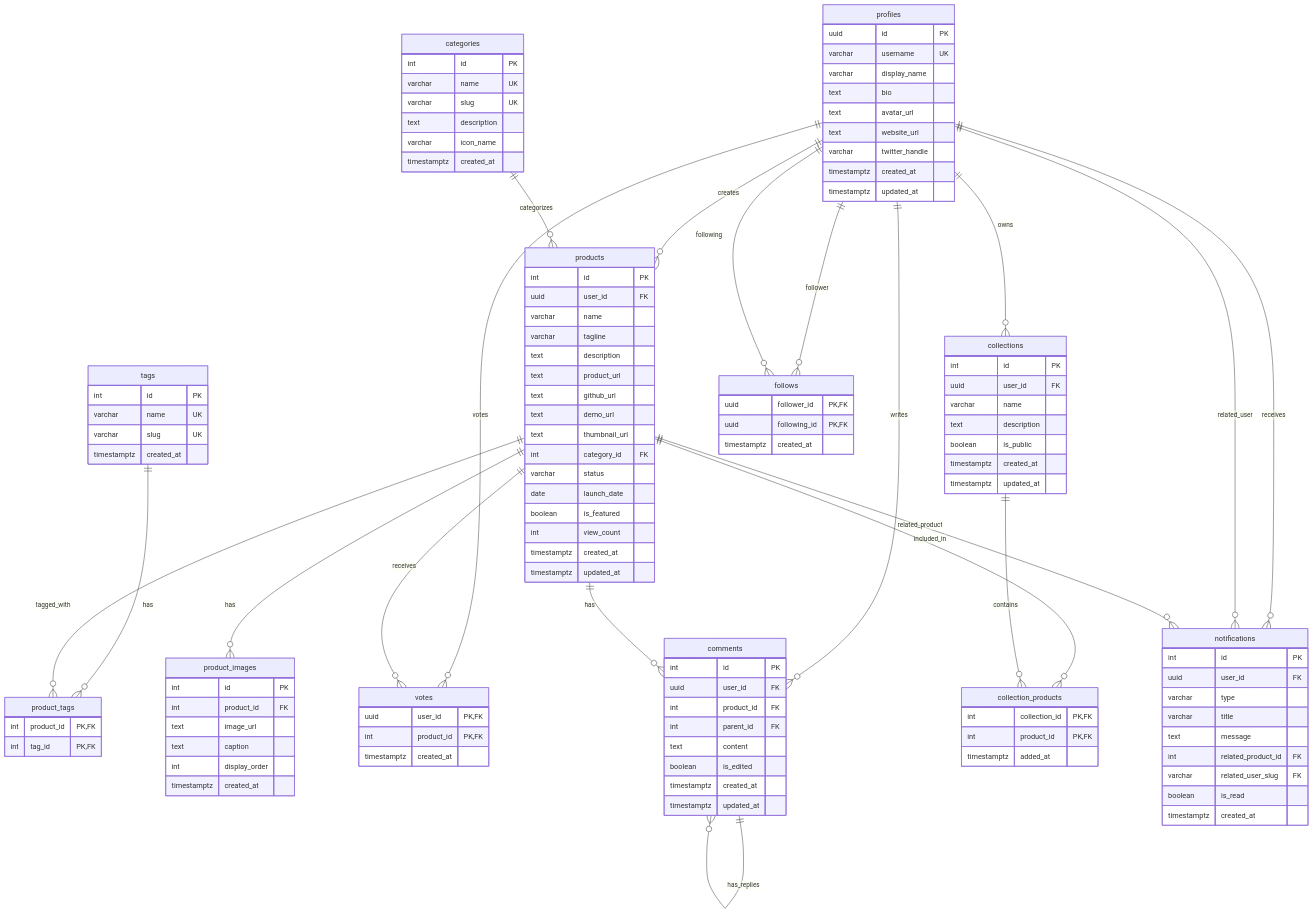
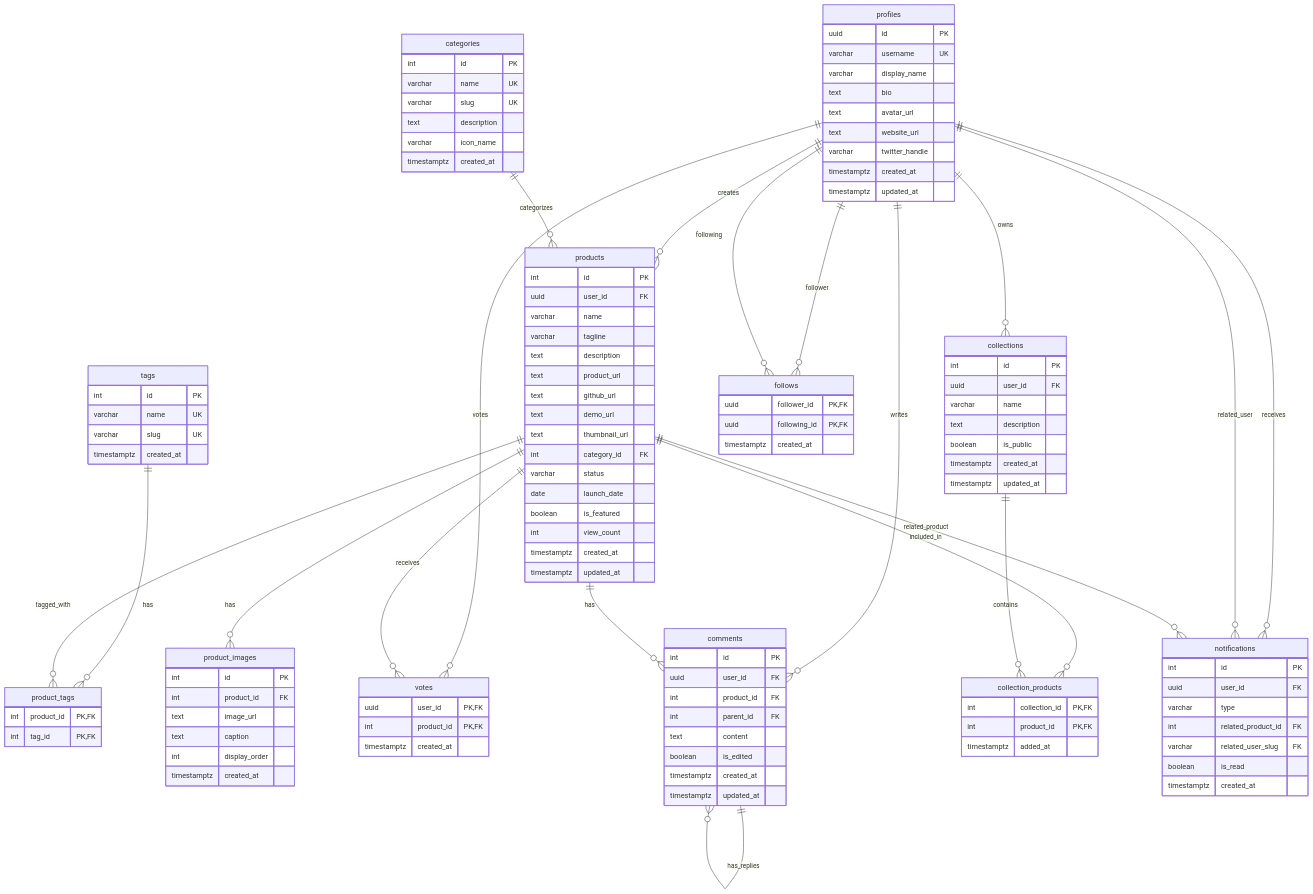
The diagram in .clinerules/database_er_diagram.md (buddypia/nichehunt), drawn with Mermaid before and after one commit. The commit also changed 6 other files, not shown here.

```diff
--- a/.clinerules/database_er_diagram.md
+++ b/.clinerules/database_er_diagram.md
@@ -108,8 +108,6 @@
         int id PK
         uuid user_id FK
         varchar type
-        varchar title
-        text message
         int related_product_id FK
         varchar related_user_slug FK
         boolean is_read
```
